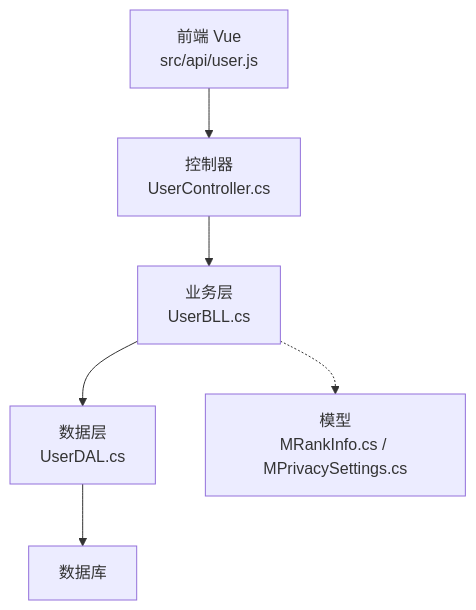
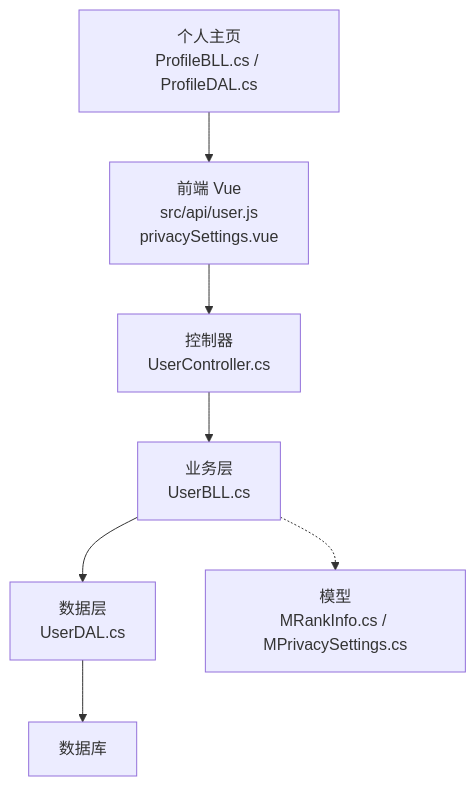
Before and after one commit to TinyMaD/SpeedRunnersLab: the first of 5 diagrams in .qoder/repowiki/zh/content/后端 API 服务/用户管理模块/用户信息管理.md, drawn with Mermaid. The commit also changed other lines of this file and 29 other files, not shown here.

````diff
--- a/.qoder/repowiki/zh/content/后端 API 服务/用户管理模块/用户信息管理.md
+++ b/.qoder/repowiki/zh/content/后端 API 服务/用户管理模块/用户信息管理.md
@@ -39,8 +51,9 @@
 ```mermaid
 graph TB
-FE["前端 Vue<br/>src/api/user.js"] --> API["控制器<br/>UserController.cs"]
+FE["前端 Vue<br/>src/api/user.js<br/>privacySettings.vue"] --> API["控制器<br/>UserController.cs"]
 API --> BLL["业务层<br/>UserBLL.cs"]
 BLL --> DAL["数据层<br/>UserDAL.cs"]
 DAL --> DB["数据库"]
 BLL -.-> Model["模型<br/>MRankInfo.cs / MPrivacySettings.cs"]
+Profile["个人主页<br/>ProfileBLL.cs / ProfileDAL.cs"] --> FE
 ```
````
